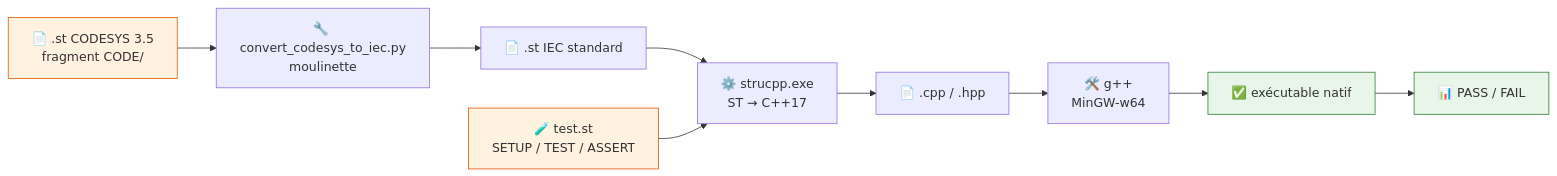
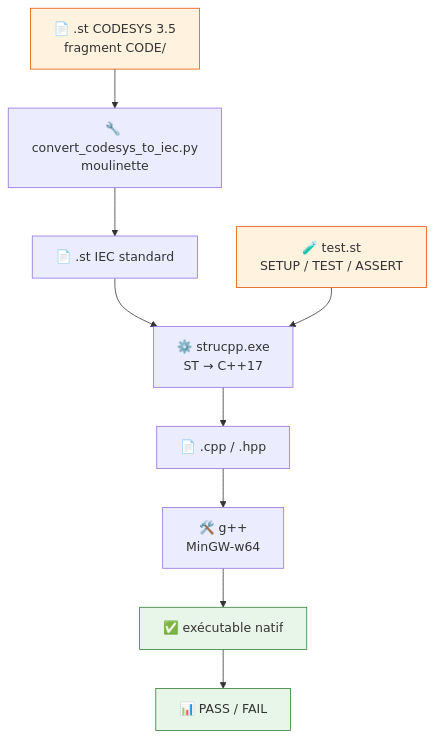
The diagram in TOOLS/OUTILS_ST2C/README.md (MatGros/2026_Projet_YGO_ExcavatriceDragage), drawn with Mermaid before and after one commit. The commit also changed 9 other files, not shown here.

````diff
--- a/TOOLS/OUTILS_ST2C/README.md
+++ b/TOOLS/OUTILS_ST2C/README.md
@@ -12,16 +12,16 @@
 ```mermaid
-flowchart LR
+flowchart TD
     A["📄 .st CODESYS 3.5\nfragment CODE/"] --> B["🔧 convert_codesys_to_iec.py\nmoulinette"]
     B --> C["📄 .st IEC standard"]
     C --> D["⚙️ strucpp.exe\nST → C++17"]
+    H["🧪 test.st\nSETUP / TEST / ASSERT"] --> D
     D --> E["📄 .cpp / .hpp"]
     E --> F["🛠️ g++\nMinGW-w64"]
     F --> G["✅ exécutable natif"]
-    H["🧪 test.st\nSETUP / TEST / ASSERT"] --> D
     G --> I["📊 PASS / FAIL"]
 
     style A fill:#fff3e0,stroke:#e65100
     style H fill:#fff3e0,stroke:#e65100
     style I fill:#e8f5e9,stroke:#2e7d32
     style G fill:#e8f5e9,stroke:#2e7d32
 ```
````
